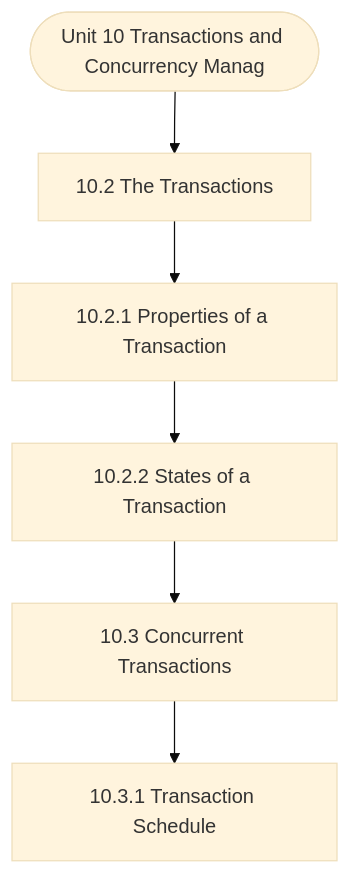
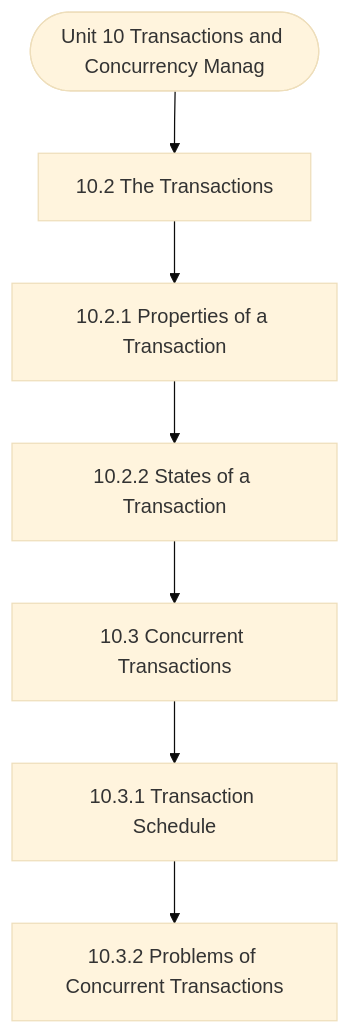
The diagram in notes/Semester_1/MCS-207_Database_Management_Systems/unit_10_Transactions_and_Concurrency_Management.md (Asutosh-Coaching/mscdsa), drawn with Mermaid (base theme) before and after one commit. The commit also changed other lines of this file and 116 other files, not shown here.

````diff
--- a/notes/Semester_1/MCS-207_Database_Management_Systems/unit_10_Transactions_and_Concurrency_Management.md
+++ b/notes/Semester_1/MCS-207_Database_Management_Systems/unit_10_Transactions_and_Concurrency_Management.md
@@ -19,14 +19,16 @@
 ```mermaid
 flowchart TD
   Start(["Unit 10 Transactions and Concurrency Manag"])
   N1["10.2 The Transactions"]
   N2["10.2.1 Properties of a Transaction"]
   N3["10.2.2 States of a Transaction"]
   N4["10.3 Concurrent Transactions"]
   N5["10.3.1 Transaction Schedule"]
+  N6["10.3.2 Problems of Concurrent Transactions"]
   Start --> N1
   N1 --> N2
   N2 --> N3
   N3 --> N4
   N4 --> N5
+  N5 --> N6
 ```
````
